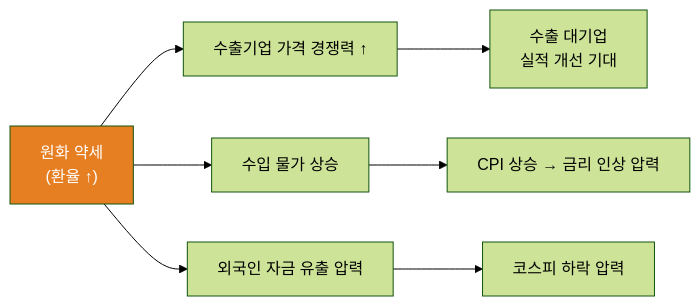
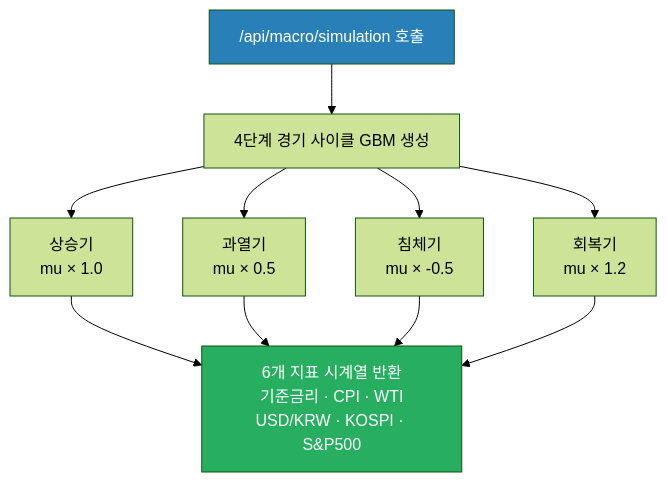
Before and after one commit to edumgt/python-quant: the third of 12 diagrams in docs/03.md, drawn with Mermaid (forest theme). The commit also changed other lines of this file and 36 other files, not shown here.

````diff
--- a/docs/03.md
+++ b/docs/03.md
@@ -310,12 +171,12 @@
 ```mermaid
-flowchart LR
-    A["원화 약세\n(환율 ↑)"] --> B["수출기업 가격 경쟁력 ↑"]
-    A --> C["수입 물가 상승"]
-    A --> D["외국인 자금 유출 압력"]
+flowchart TD
+    A["/api/macro/simulation 호출"] --> B["4단계 경기 사이클 GBM 생성"]
+    B --> C1["상승기\nmu × 1.0"]
+    B --> C2["과열기\nmu × 0.5"]
+    B --> C3["침체기\nmu × -0.5"]
+    B --> C4["회복기\nmu × 1.2"]
+    C1 & C2 & C3 & C4 --> D["6개 지표 시계열 반환\n기준금리 · CPI · WTI\nUSD/KRW · KOSPI · S&P500"]
 
-    B --> E["수출 대기업\n실적 개선 기대"]
-    C --> F["CPI 상승 → 금리 인상 압력"]
-    D --> G["코스피 하락 압력"]
-
-    style A fill:#e67e22,color:#fff
+    style A fill:#2980b9,color:#fff
+    style D fill:#27ae60,color:#fff
 ```
````
